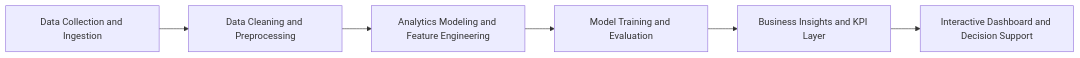
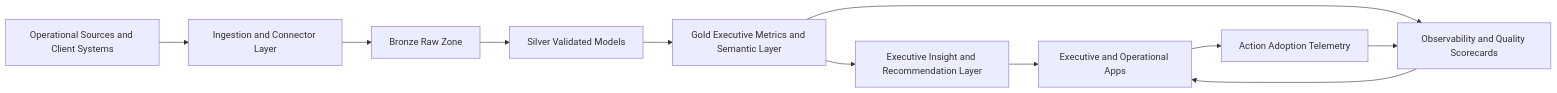
One commit to samuelmaia-analytics/revenue-intelligence-platform-suite changed the diagram in README.md. Above: the diagram before and after it, drawn with Mermaid. The commit also changed other lines of this file and 175 other files, not shown here.

First line of the commit message:
feat: productize executive analytics platform

````diff
--- a/README.md
+++ b/README.md
@@ -75,8 +94,13 @@
 ```mermaid
 flowchart LR
-  A[Data Collection and Ingestion] --> B[Data Cleaning and Preprocessing]
-  B --> C[Analytics Modeling and Feature Engineering]
-  C --> D[Model Training and Evaluation]
-  D --> E[Business Insights and KPI Layer]
-  E --> F[Interactive Dashboard and Decision Support]
+  SRC[Operational Sources and Client Systems] --> ING[Ingestion and Connector Layer]
+  ING --> BRZ[Bronze Raw Zone]
+  BRZ --> SLV[Silver Validated Models]
+  SLV --> GLD[Gold Executive Metrics and Semantic Layer]
+  GLD --> INS[Executive Insight and Recommendation Layer]
+  GLD --> OBS[Observability and Quality Scorecards]
+  INS --> APP[Executive and Operational Apps]
+  OBS --> APP
+  APP --> ACT[Action Adoption Telemetry]
+  ACT --> OBS
 ```
````
